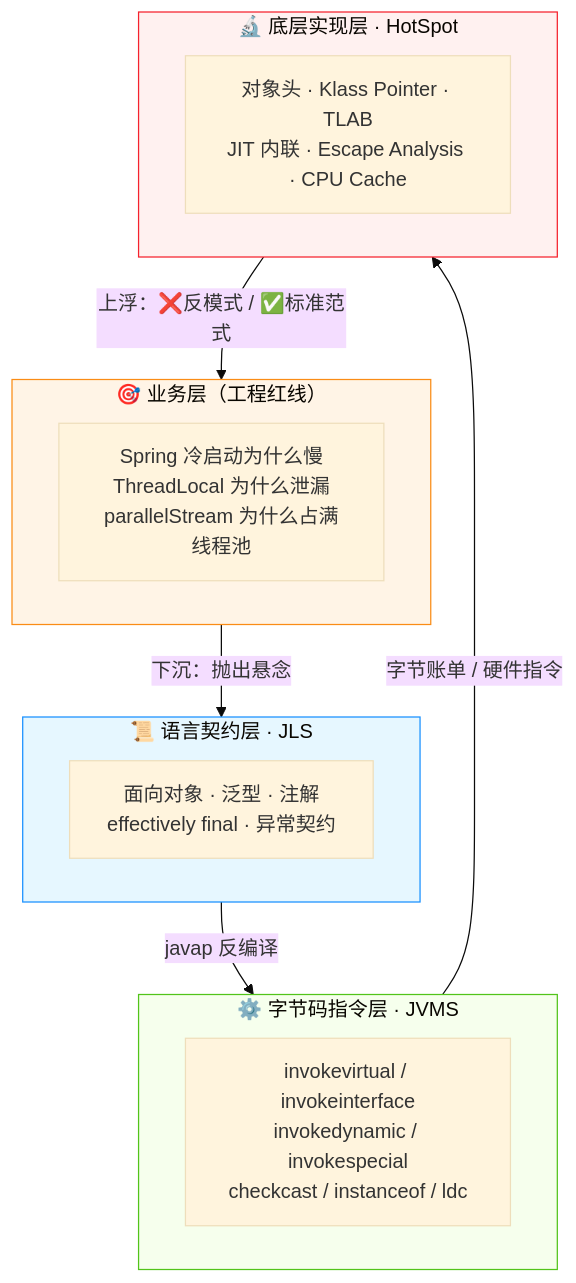
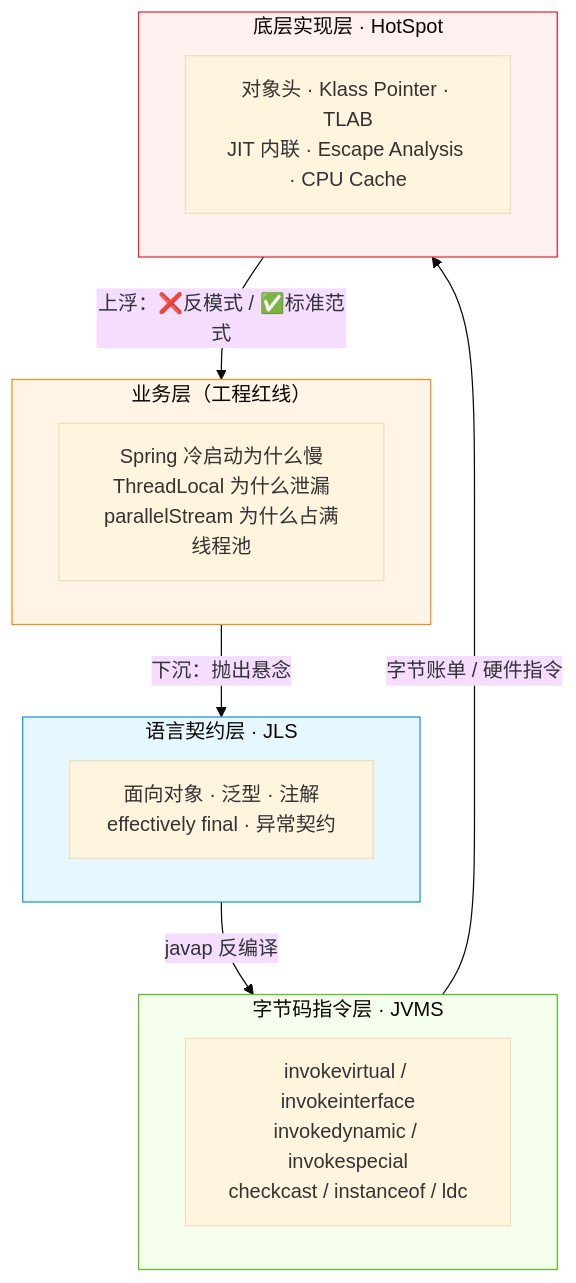
The third of 3 diagrams in docs/01-java-basic/00-overview.md (b1tzer/b1tzer.github.io), drawn with Mermaid (base theme) before and after one commit. The commit also changed other lines of this file and 22 other files, not shown here.

````diff
--- a/docs/01-java-basic/00-overview.md
+++ b/docs/01-java-basic/00-overview.md
@@ -94,28 +94,28 @@
 ```mermaid
 flowchart TB
-    subgraph L1["🎯 业务层（工程红线）"]
+    subgraph L1["业务层（工程红线）"]
         direction LR
         B1["Spring 冷启动为什么慢<br/>ThreadLocal 为什么泄漏<br/>parallelStream 为什么占满线程池"]
     end
-    subgraph L2["📜 语言契约层 · JLS"]
+    subgraph L2["语言契约层 · JLS"]
         direction LR
         L21["面向对象 · 泛型 · 注解<br/>effectively final · 异常契约"]
     end
-    subgraph L3["⚙️ 字节码指令层 · JVMS"]
+    subgraph L3["字节码指令层 · JVMS"]
         direction LR
         L31["invokevirtual / invokeinterface<br/>invokedynamic / invokespecial<br/>checkcast / instanceof / ldc"]
     end
-    subgraph L4["🔬 底层实现层 · HotSpot"]
+    subgraph L4["底层实现层 · HotSpot"]
         direction LR
         L41["对象头 · Klass Pointer · TLAB<br/>JIT 内联 · Escape Analysis · CPU Cache"]
     end
     L1 -->|"下沉：抛出悬念"| L2
     L2 -->|"javap 反编译"| L3
     L3 -->|"字节账单 / 硬件指令"| L4
     L4 -->|"上浮：❌反模式 / ✅标准范式"| L1
 
     style L1 fill:#fff4e6,stroke:#fa8c16
     style L2 fill:#e6f7ff,stroke:#1890ff
     style L3 fill:#f6ffed,stroke:#52c41a
     style L4 fill:#fff1f0,stroke:#f5222d
 ```
````
